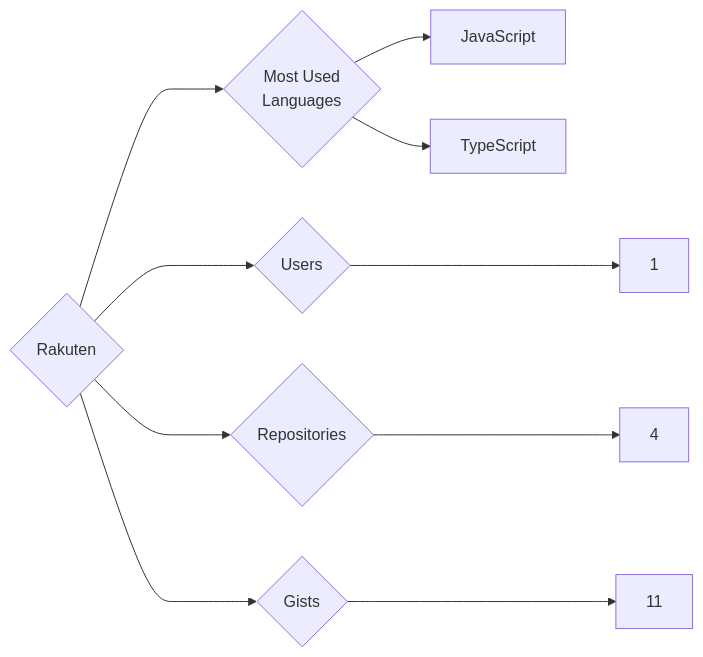
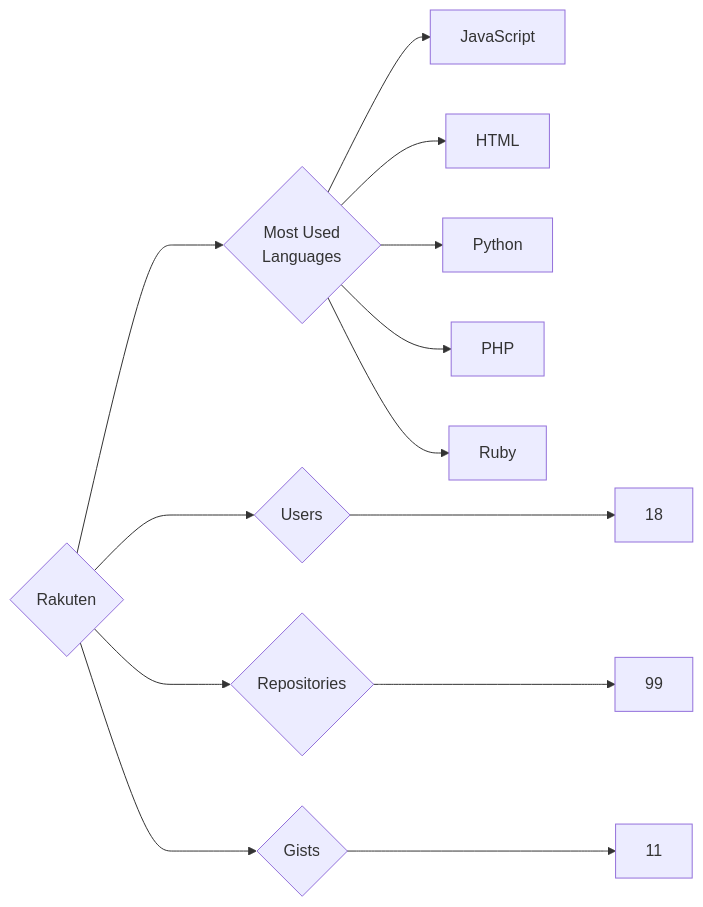
The diagram in targets/Rakuten/README.md (trickest/insiders), drawn with Mermaid before and after one commit. The commit also changed 895 other files, not shown here.

````diff
--- a/targets/Rakuten/README.md
+++ b/targets/Rakuten/README.md
@@ -3,10 +3,13 @@
 ```mermaid
 graph LR
 COMPANY_NAME{Rakuten}
-COMPANY_NAME ---> U{Users} ---> UN[1]
-COMPANY_NAME ---> R{Repositories} ---> RN[4]
+COMPANY_NAME ---> U{Users} ---> UN[18]
+COMPANY_NAME ---> R{Repositories} ---> RN[99]
 COMPANY_NAME ---> G{Gists} ---> GN[11]
 COMPANY_NAME ---> ML{Most Used<br>Languages}
 ML --> JavaScript[JavaScript]
-ML --> TypeScript[TypeScript]
+ML --> HTML[HTML]
+ML --> Python[Python]
+ML --> PHP[PHP]
+ML --> Ruby[Ruby]
 ```
````
